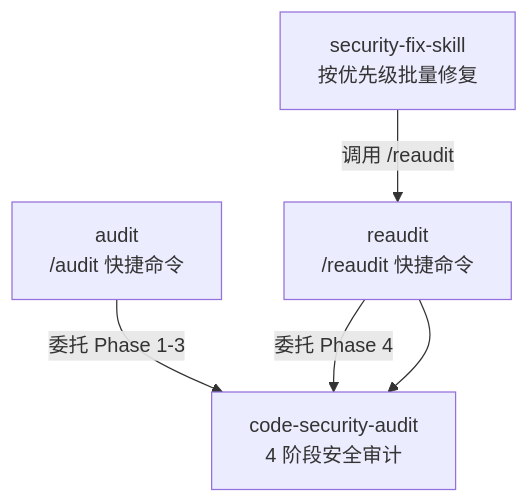
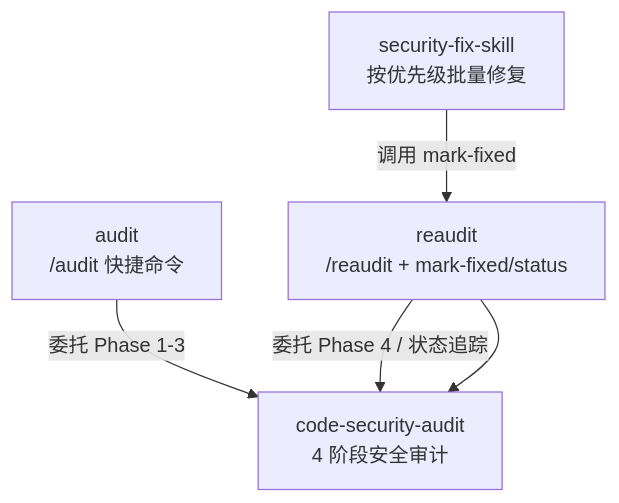
The first of 2 diagrams in README.md (Azzygoatcoder/code-security-skills), drawn with Mermaid before and after one commit. The commit also changed other lines of this file, not shown here.

Commit message:
docs: update README for v1.1.0 — state tracking, stable IDs, incremental reaudit

````diff
--- a/README.md
+++ b/README.md
@@ -7,12 +7,12 @@
 ```mermaid
 graph TD
     CSA[code-security-audit<br/>4 阶段安全审计]
     A[audit<br/>/audit 快捷命令]
-    R[reaudit<br/>/reaudit 快捷命令]
+    R[reaudit<br/>/reaudit + mark-fixed/status]
     SF[security-fix-skill<br/>按优先级批量修复]
 
     A -->|委托 Phase 1-3| CSA
-    R -->|委托 Phase 4| CSA
-    SF -->|调用 /reaudit| R
+    R -->|委托 Phase 4 / 状态追踪| CSA
+    SF -->|调用 mark-fixed| R
     R --> CSA
 ```
````
